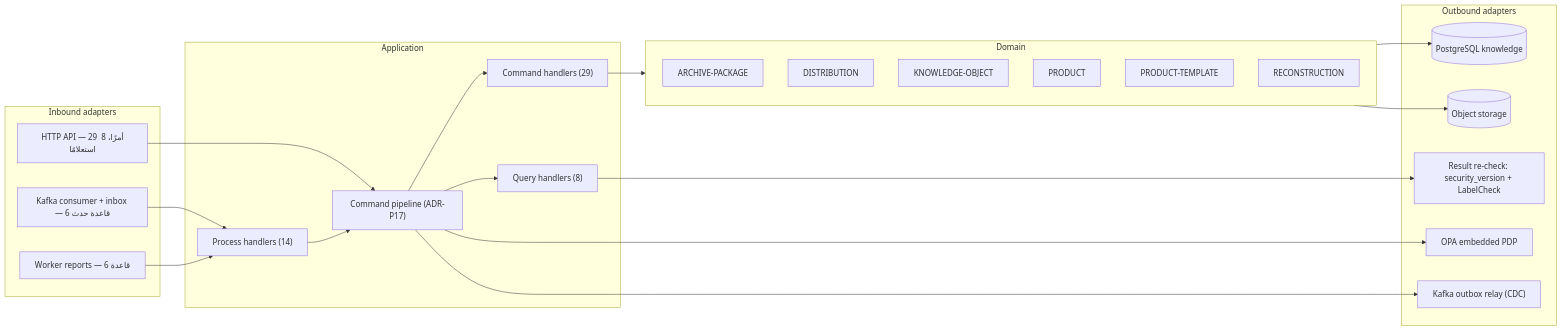
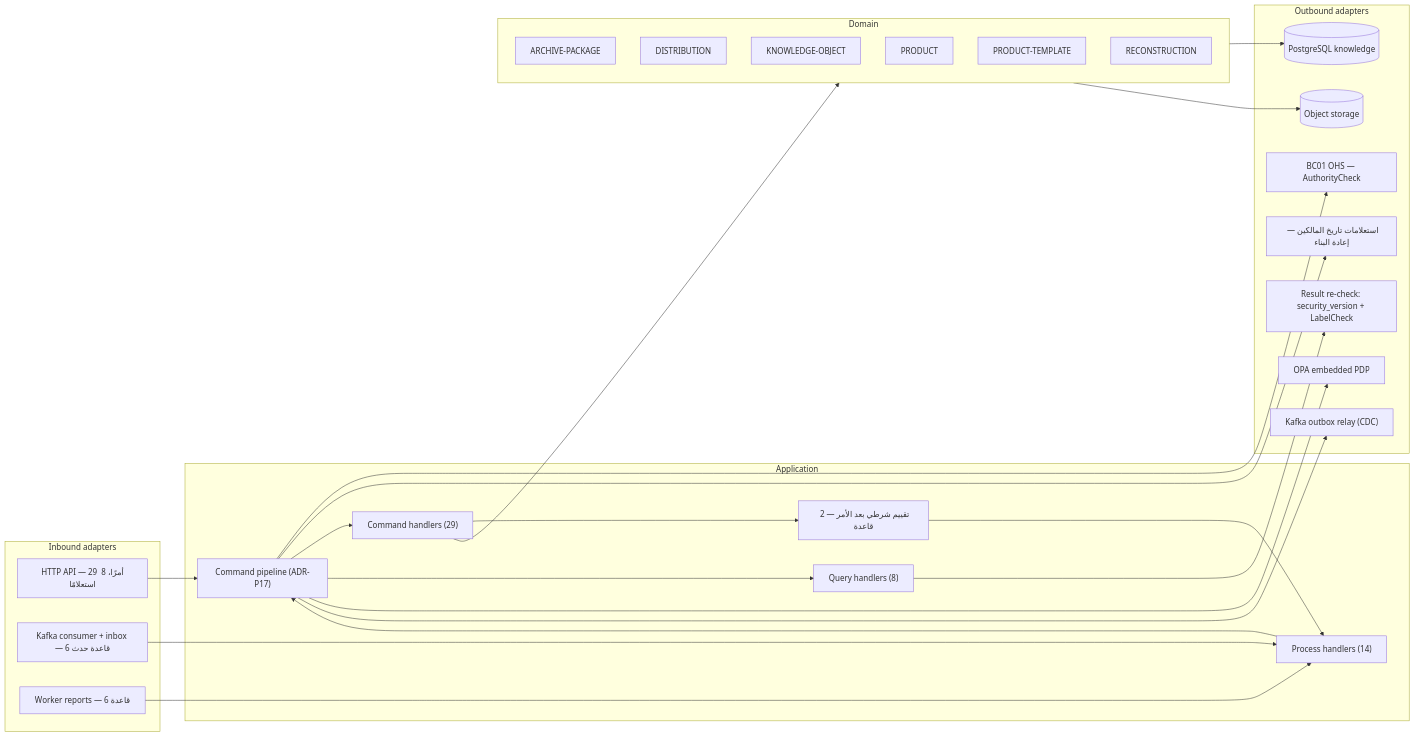
Diagram 14 of 15 in spec/18-analysis-design/12-components.md (Ayoubkhattab/Planing), drawn with Mermaid before and after one commit. The commit also changed other lines of this file and 16 other files, not shown here.

````diff
--- a/spec/18-analysis-design/12-components.md
+++ b/spec/18-analysis-design/12-components.md
@@ -833,41 +887,48 @@
 ```mermaid
 flowchart LR
   subgraph IN["Inbound adapters"]
     HTTP["HTTP API — 29 أمرًا، 8 استعلامًا"]
     KAFKA["Kafka consumer + inbox — 6 قاعدة حدث"]
     WORK["Worker reports — 6 قاعدة"]
   end
   subgraph APP["Application"]
     PIPE["Command pipeline (ADR-P17)"]
     CH["Command handlers (29)"]
     QH["Query handlers (8)"]
+    POST["تقييم شرطي بعد الأمر — 2 قاعدة"]
     PH["Process handlers (14)"]
   end
   subgraph DOM["Domain"]
     AGG_ARCHIVE_PACKAGE["ARCHIVE-PACKAGE"]
     AGG_DISTRIBUTION["DISTRIBUTION"]
     AGG_KNOWLEDGE_OBJECT["KNOWLEDGE-OBJECT"]
     AGG_PRODUCT["PRODUCT"]
     AGG_PRODUCT_TEMPLATE["PRODUCT-TEMPLATE"]
     AGG_RECONSTRUCTION["RECONSTRUCTION"]
   end
   subgraph OUT["Outbound adapters"]
     DB_knowledge[("PostgreSQL knowledge")]
     OPA["OPA embedded PDP"]
     RECHECK["Result re-check: security_version + LabelCheck"]
     S3[("Object storage")]
     BUS["Kafka outbox relay (CDC)"]
+    XOUT0["BC01 OHS — AuthorityCheck"]
+    XOUT1["استعلامات تاريخ المالكين — إعادة البناء"]
   end
+  PIPE --> XOUT0
+  PIPE --> XOUT1
   HTTP --> PIPE
+  CH --> POST
+  POST --> PH
   KAFKA --> PH
   WORK --> PH
   PIPE --> CH
   PIPE --> QH
   PH --> PIPE
   CH --> DOM
   DOM --> DB_knowledge
   PIPE --> OPA
   QH --> RECHECK
   DOM --> S3
   PIPE --> BUS
 ```
````
